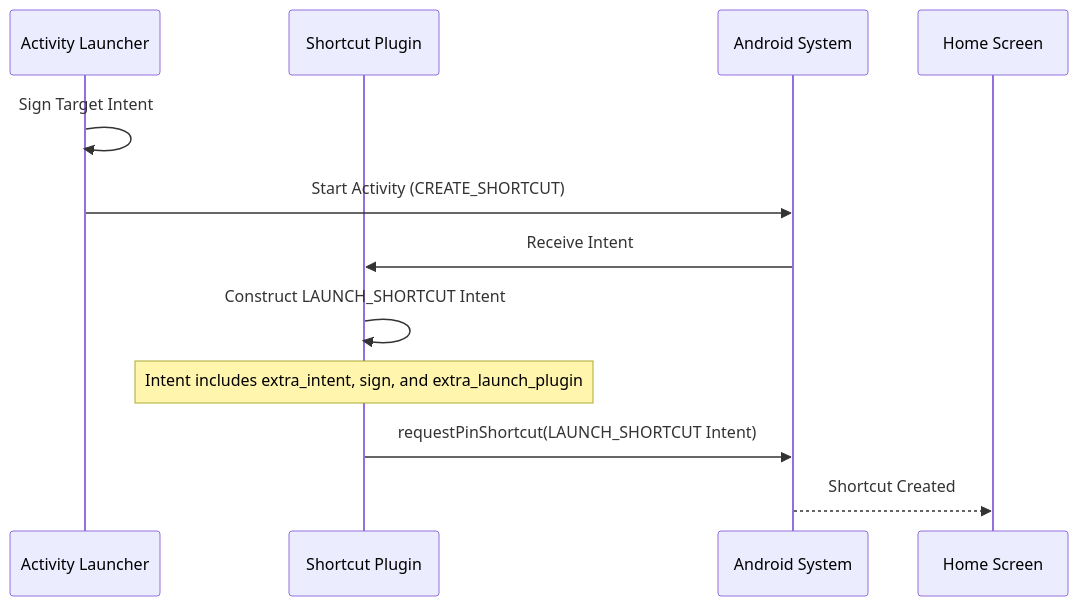
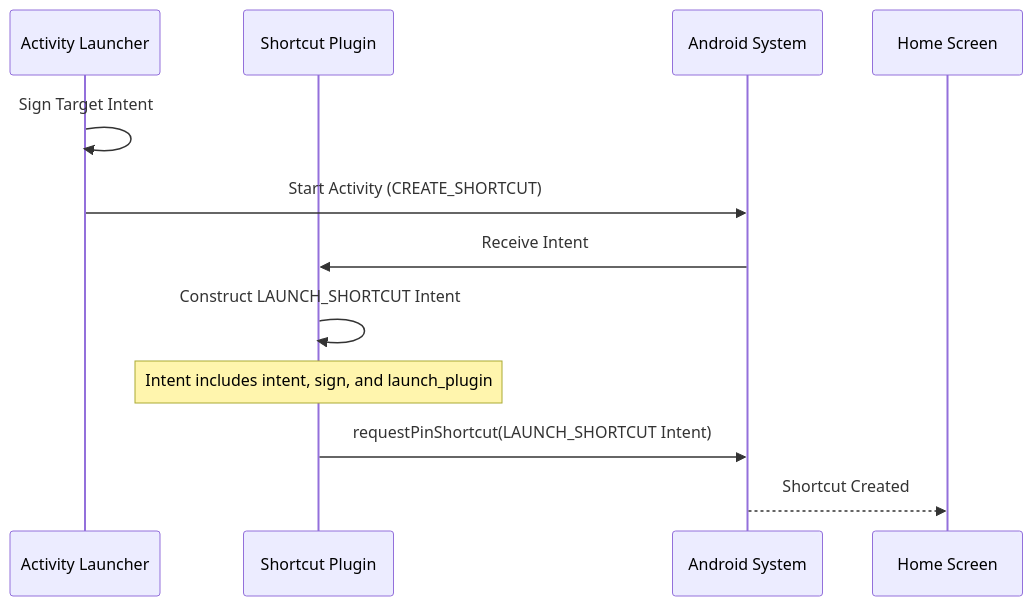
Before and after one commit to butzist/ActivityLauncher: the first of 2 diagrams in PLUGIN_ARCHITECTURE.md, drawn with Mermaid. The commit also changed other lines of this file and 2 other files, not shown here.

Commit message:
fix(docs): consistency in intent action and extra naming

````diff
--- a/PLUGIN_ARCHITECTURE.md
+++ b/PLUGIN_ARCHITECTURE.md
@@ -22,15 +22,15 @@
 ```mermaid
 sequenceDiagram
     participant AL as Activity Launcher
     participant Plugin as Shortcut Plugin
     participant System as Android System
     participant Home as Home Screen
 
     AL->>AL: Sign Target Intent
     AL->>System: Start Activity (CREATE_SHORTCUT)
     System->>Plugin: Receive Intent
     Plugin->>Plugin: Construct LAUNCH_SHORTCUT Intent
-    Note over Plugin: Intent includes extra_intent, sign, and extra_launch_plugin
+    Note over Plugin: Intent includes intent, sign, and launch_plugin
     Plugin->>System: requestPinShortcut(LAUNCH_SHORTCUT Intent)
     System-->>Home: Shortcut Created
 ```
````
